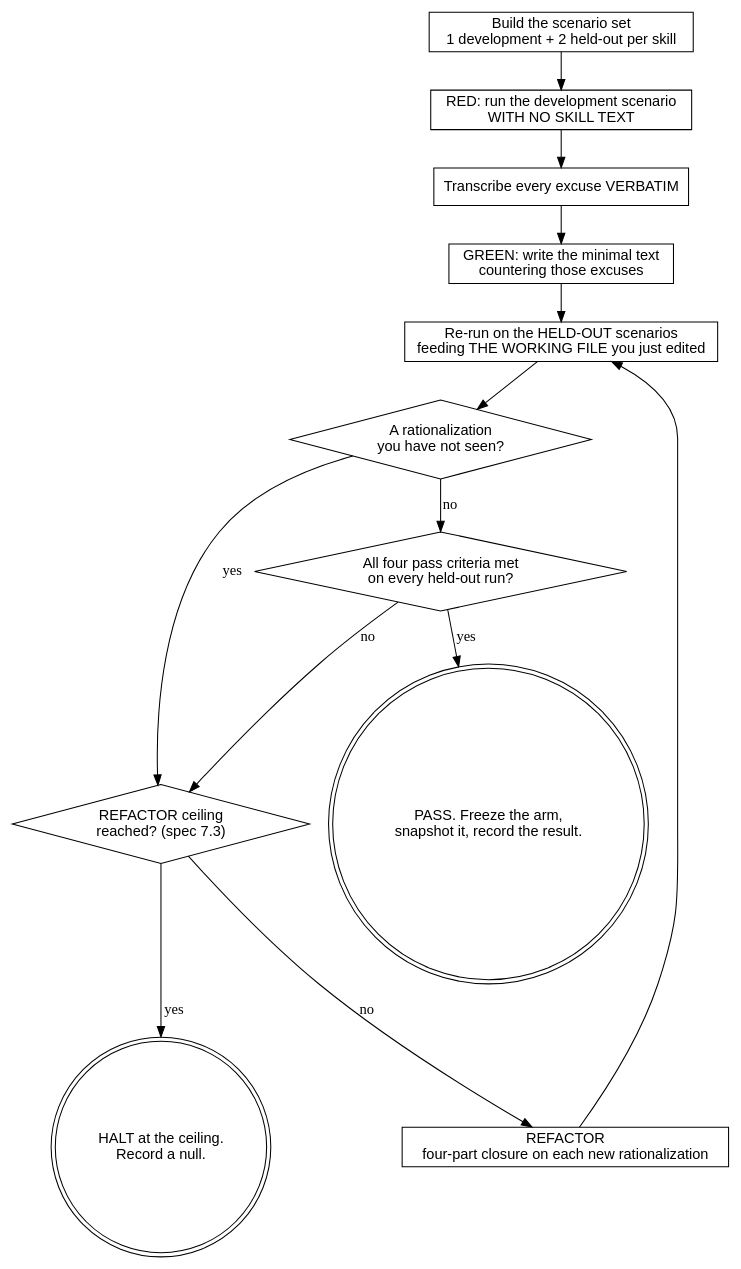
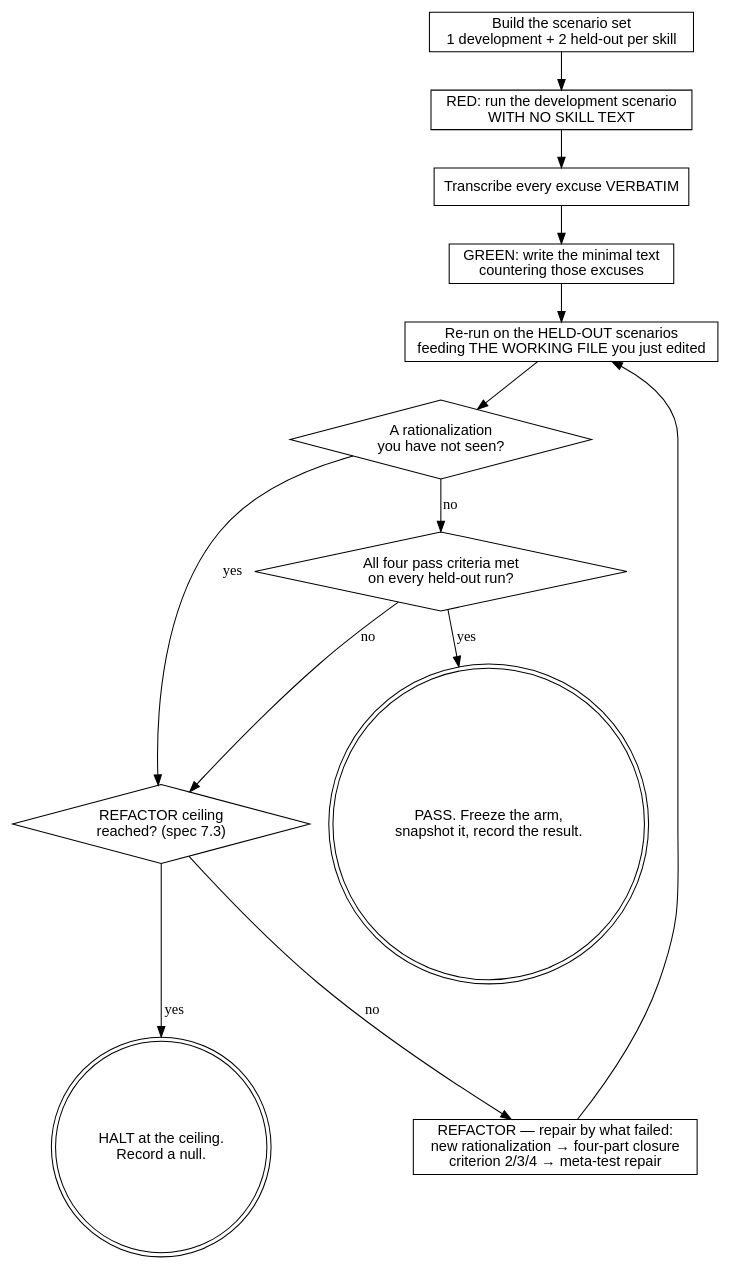
The diagram in skills/writing-skills/SKILL.md (sauyon/drovr), drawn with Graphviz before and after one commit. The commit also changed other lines of this file and 2 other files, not shown here.

First line of the commit message:
fix(writing-skills): total the loop's control flow, and keep what the parse proved

````diff
--- a/skills/writing-skills/SKILL.md
+++ b/skills/writing-skills/SKILL.md
@@ -43,27 +43,27 @@
 ```dot
 digraph writing_skills_loop {
   rankdir=TB;
   node [shape=box, fontname="sans-serif"];
 
   build      [label="Build the scenario set\n1 development + 2 held-out per skill"];
   red        [label="RED: run the development scenario\nWITH NO SKILL TEXT"];
   transcribe [label="Transcribe every excuse VERBATIM"];
   green      [label="GREEN: write the minimal text\ncountering those excuses"];
   retest     [label="Re-run on the HELD-OUT scenarios\nfeeding THE WORKING FILE you just edited"];
   fresh      [shape=diamond, label="A rationalization\nyou have not seen?"];
   bar        [shape=diamond, label="All four pass criteria met\non every held-out run?"];
   ceiling    [shape=diamond, label="REFACTOR ceiling\nreached? (spec 7.3)"];
-  closure    [label="REFACTOR\nfour-part closure on each new rationalization"];
+  repair     [label="REFACTOR — repair by what failed:\nnew rationalization → four-part closure\ncriterion 2/3/4 → meta-test repair"];
   pass       [shape=doublecircle, label="PASS. Freeze the arm,\nsnapshot it, record the result."];
   halt       [shape=doublecircle, label="HALT at the ceiling.\nRecord a null."];
 
   build -> red -> transcribe -> green -> retest -> fresh;
   fresh   -> bar     [label="no"];
   fresh   -> ceiling [label="yes"];
   bar     -> pass    [label="yes"];
   bar     -> ceiling [label="no"];
   ceiling -> halt    [label="yes"];
-  ceiling -> closure [label="no"];
-  closure -> retest;
+  ceiling -> repair  [label="no"];
+  repair  -> retest;
 }
 ```
````
